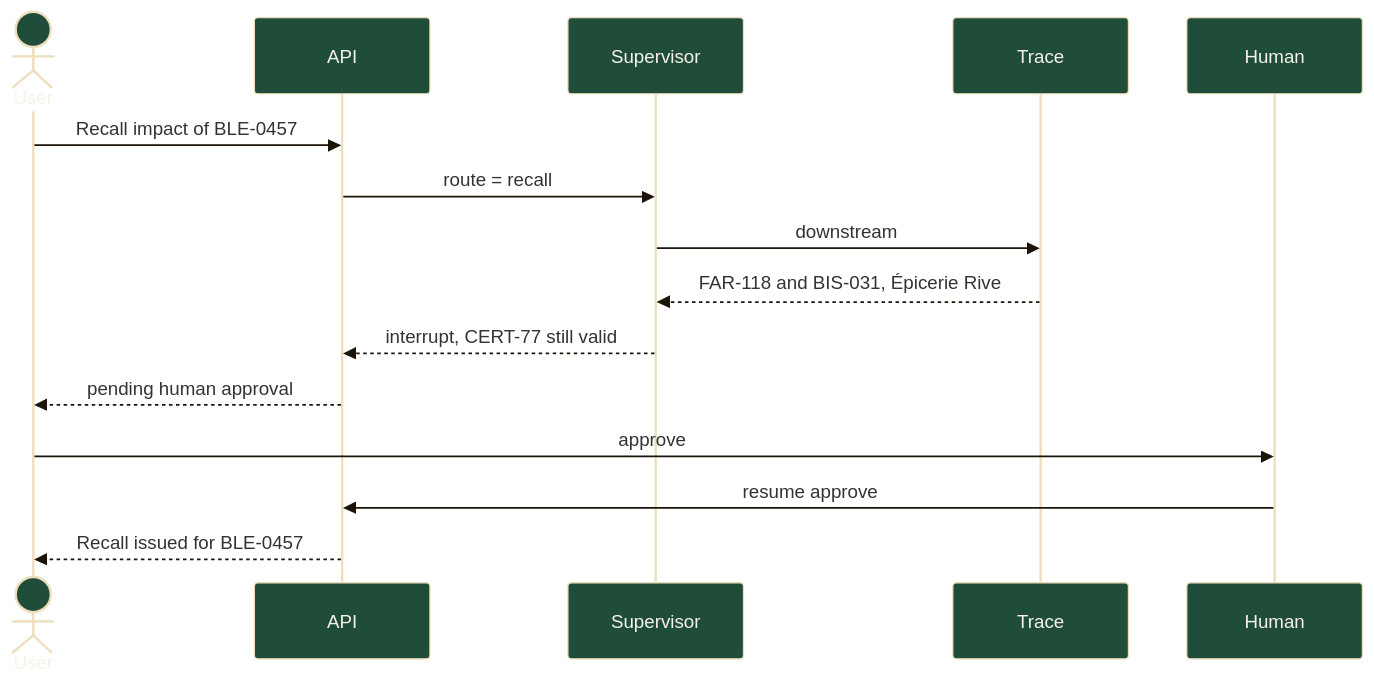
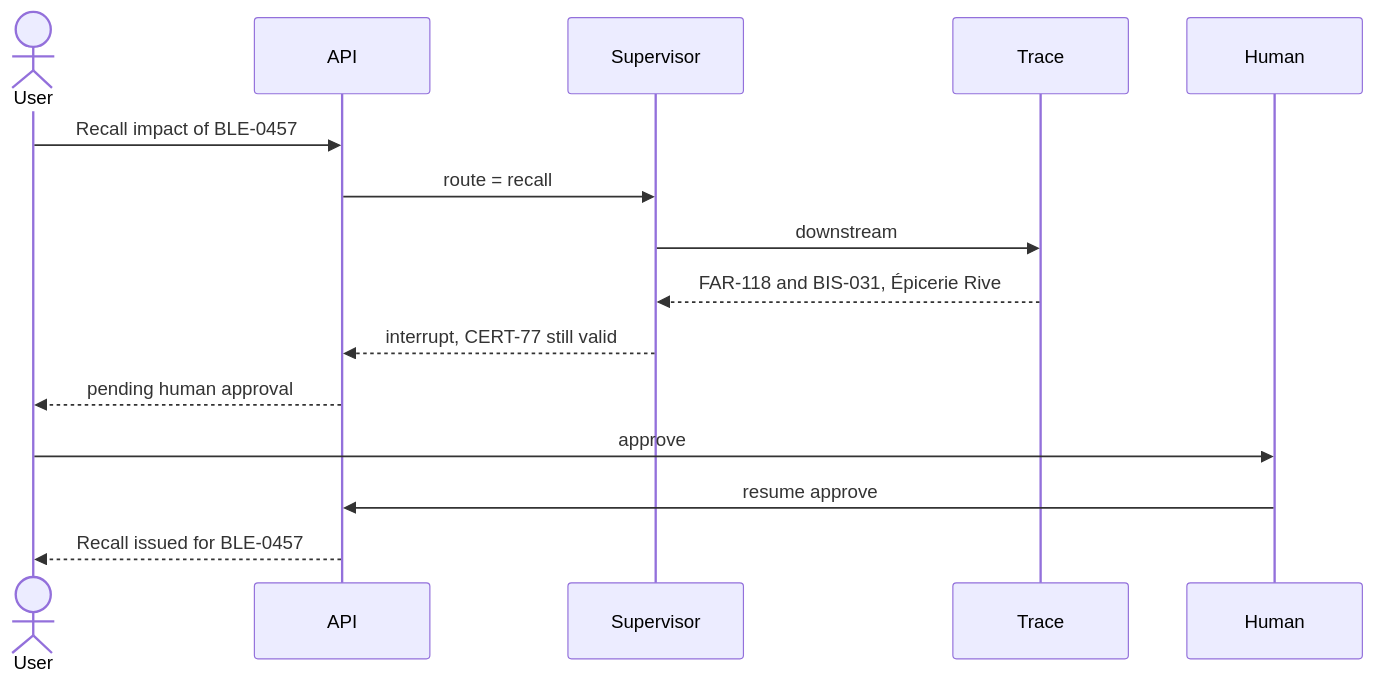
Before and after one commit to MourabitElBachir/traceability-graph-agents: the fifth of 7 diagrams in README.md, drawn with Mermaid. The commit also changed other lines of this file and 19 other files, not shown here.

Commit message:
docs: fix Mermaid rendering, add French README and data walkthrough (#2)

````diff
--- a/README.md
+++ b/README.md
@@ -249,18 +625,17 @@
 ```mermaid
-%%{init: {'theme': 'base', 'themeVariables': {'actorBkg': '#1F4D3A', 'actorTextColor': '#F7F3E8', 'signalColor': '#1C1408', 'fontFamily': 'Georgia, serif'}}}%%
 sequenceDiagram
   actor User
   participant API
   participant Supervisor
   participant Trace
   participant Human
   User->>API: Recall impact of BLE-0457
   API->>Supervisor: route = recall
   Supervisor->>Trace: downstream
   Trace-->>Supervisor: FAR-118 and BIS-031, Épicerie Rive
   Supervisor-->>API: interrupt, CERT-77 still valid
   API-->>User: pending human approval
   User->>Human: approve
   Human->>API: resume approve
   API-->>User: Recall issued for BLE-0457
 ```
````
